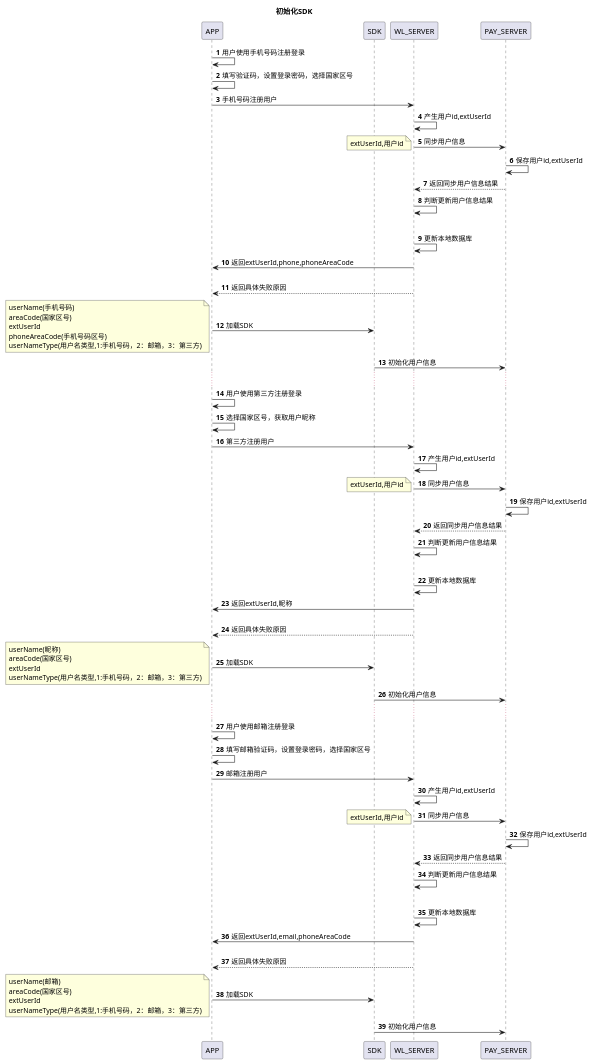
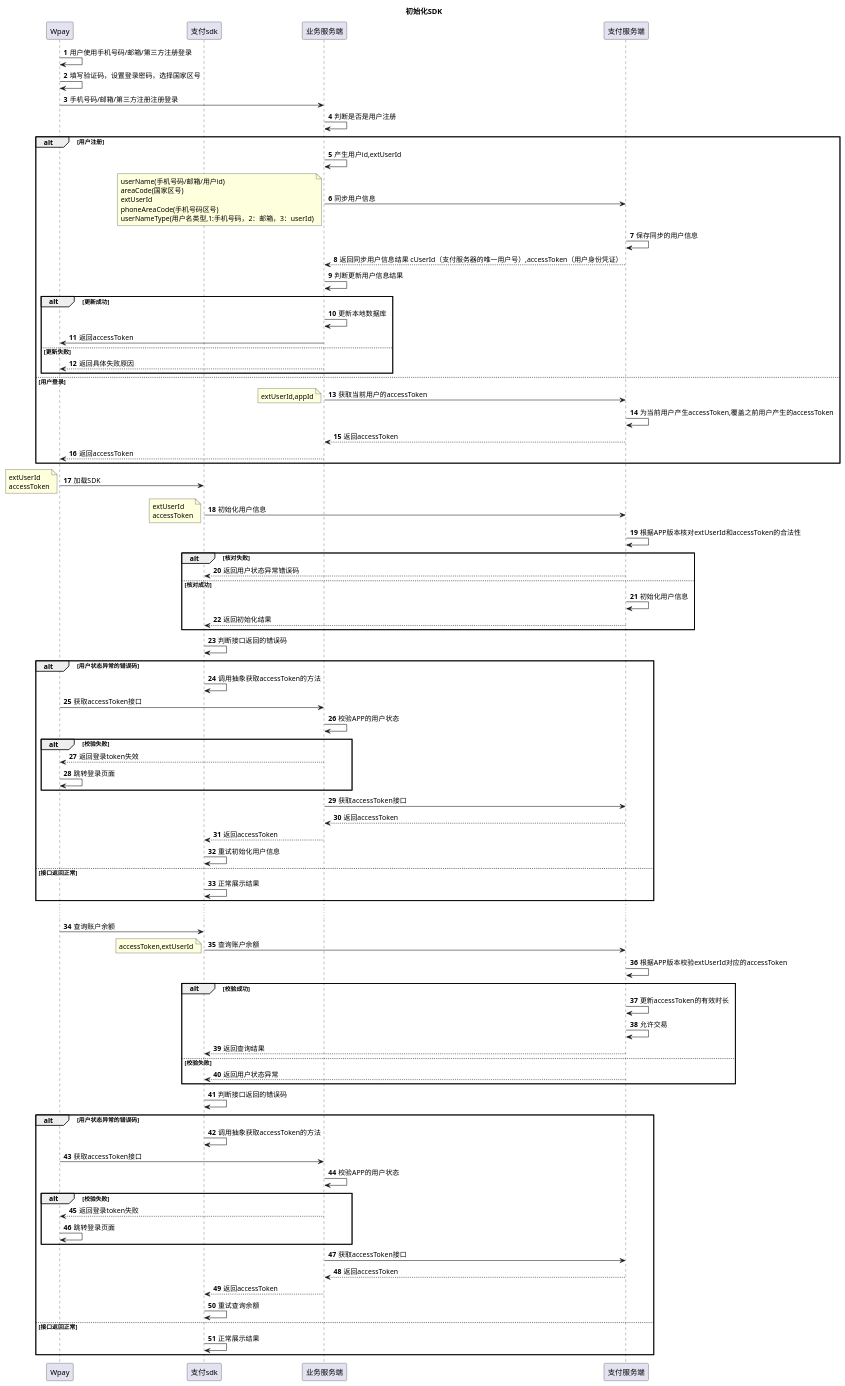
Before and after one commit to 13589080127/zc-test: the diagram in doc/wpay/init sdk.puml, drawn with PlantUML. The commit also changed 6 other files, not shown here.

```diff
--- a/doc/wpay/init sdk.puml
+++ b/doc/wpay/init sdk.puml
@@ -1,61 +1,87 @@
 @startuml
 title:初始化SDK
 autonumber
-participant APP
-participant SDK
-participant WL_SERVER
-participant PAY_SERVER
-APP->APP:用户使用手机号码注册登录
+participant  Wpay as APP
+participant 支付sdk as SDK
+participant 业务服务端 as WL_SERVER
+participant 支付服务端 as PAY_SERVER
+APP->APP:用户使用手机号码/邮箱/第三方注册登录
 APP->APP:填写验证码，设置登录密码，选择国家区号
-APP->WL_SERVER:手机号码注册用户
+APP->WL_SERVER:手机号码/邮箱/第三方注册注册登录
+WL_SERVER->WL_SERVER:判断是否是用户注册
+alt 用户注册
 WL_SERVER->WL_SERVER:产生用户id,extUserId
 WL_SERVER->PAY_SERVER:同步用户信息
-note left:extUserId,用户id
-PAY_SERVER->PAY_SERVER:保存用户id,extUserId
-PAY_SERVER-->WL_SERVER:返回同步用户信息结果
+note left : userName(手机号码/邮箱/用户id)\nareaCode(国家区号)\nextUserId\nphoneAreaCode(手机号码区号)\nuserNameType(用户名类型,1:手机号码，2：邮箱，3：userId)
+PAY_SERVER->PAY_SERVER:保存同步的用户信息
+PAY_SERVER-->WL_SERVER:返回同步用户信息结果 cUserId（支付服务器的唯一用户号）,accessToken（用户身份凭证）
 WL_SERVER->WL_SERVER:判断更新用户信息结果
 alt 更新成功
 WL_SERVER->WL_SERVER:更新本地数据库
-WL_SERVER->APP:返回extUserId,phone,phoneAreaCode
+WL_SERVER->APP:返回accessToken
 else 更新失败
 WL_SERVER-->APP:返回具体失败原因
+end
+else 用户登录
+WL_SERVER->PAY_SERVER:获取当前用户的accessToken
+note left:extUserId,appId
+PAY_SERVER->PAY_SERVER:为当前用户产生accessToken,覆盖之前用户产生的accessToken
+PAY_SERVER-->WL_SERVER:返回accessToken
+WL_SERVER-->APP:返回accessToken
+end
 APP->SDK:加载SDK
-note left : userName(手机号码)\nareaCode(国家区号)\nextUserId\nphoneAreaCode(手机号码区号)\nuserNameType(用户名类型,1:手机号码，2：邮箱，3：第三方)
+note left:extUserId\naccessToken
 SDK->PAY_SERVER:初始化用户信息
+note left:extUserId \naccessToken
+PAY_SERVER->PAY_SERVER:根据APP版本核对extUserId和accessToken的合法性
+alt 核对失败
+PAY_SERVER-->SDK:返回用户状态异常错误码
+else 核对成功
+PAY_SERVER->PAY_SERVER:初始化用户信息
+PAY_SERVER-->SDK:返回初始化结果
+end
+SDK->SDK:判断接口返回的错误码
+alt 用户状态异常的错误码
+SDK->SDK:调用抽象获取accessToken的方法
+APP->WL_SERVER:获取accessToken接口
+WL_SERVER->WL_SERVER:校验APP的用户状态
+alt 校验失败
+WL_SERVER-->APP:返回登录token失效
+APP->APP:跳转登录页面
+end
+WL_SERVER->PAY_SERVER:获取accessToken接口
+PAY_SERVER-->WL_SERVER:返回accessToken
+WL_SERVER-->SDK:返回accessToken
+SDK->SDK:重试初始化用户信息
+else 接口返回正常
+SDK->SDK:正常展示结果
+end
 ...
-APP->APP:用户使用第三方注册登录
-APP->APP:选择国家区号，获取用户昵称
-APP->WL_SERVER:第三方注册用户
-WL_SERVER->WL_SERVER:产生用户id,extUserId
-WL_SERVER->PAY_SERVER:同步用户信息
-note left:extUserId,用户id
-PAY_SERVER->PAY_SERVER:保存用户id,extUserId
-PAY_SERVER-->WL_SERVER:返回同步用户信息结果
-WL_SERVER->WL_SERVER:判断更新用户信息结果
-alt 更新成功
-WL_SERVER->WL_SERVER:更新本地数据库
-WL_SERVER->APP:返回extUserId,昵称
-else 更新失败
-WL_SERVER-->APP:返回具体失败原因
-APP->SDK:加载SDK
-note left : userName(昵称)\nareaCode(国家区号)\nextUserId\nuserNameType(用户名类型,1:手机号码，2：邮箱，3：第三方)
-SDK->PAY_SERVER:初始化用户信息
-...
-APP->APP:用户使用邮箱注册登录
-APP->APP:填写邮箱验证码，设置登录密码，选择国家区号
-APP->WL_SERVER:邮箱注册用户
-WL_SERVER->WL_SERVER:产生用户id,extUserId
-WL_SERVER->PAY_SERVER:同步用户信息
-note left:extUserId,用户id
-PAY_SERVER->PAY_SERVER:保存用户id,extUserId
-PAY_SERVER-->WL_SERVER:返回同步用户信息结果
-WL_SERVER->WL_SERVER:判断更新用户信息结果
-alt 更新成功
-WL_SERVER->WL_SERVER:更新本地数据库
-WL_SERVER->APP:返回extUserId,email,phoneAreaCode
-else 更新失败
-WL_SERVER-->APP:返回具体失败原因
-APP->SDK:加载SDK
-note left : userName(邮箱)\nareaCode(国家区号)\nextUserId\nuserNameType(用户名类型,1:手机号码，2：邮箱，3：第三方)
-SDK->PAY_SERVER:初始化用户信息
+APP->SDK:查询账户余额
+SDK->PAY_SERVER:查询账户余额
+note left: accessToken,extUserId
+PAY_SERVER->PAY_SERVER:根据APP版本校验extUserId对应的accessToken
+alt 校验成功
+PAY_SERVER->PAY_SERVER:更新accessToken的有效时长
+PAY_SERVER->PAY_SERVER:允许交易
+PAY_SERVER-->SDK:返回查询结果
+else 校验失败
+PAY_SERVER-->SDK:返回用户状态异常
+end
+SDK->SDK:判断接口返回的错误码
+alt 用户状态异常的错误码
+SDK->SDK:调用抽象获取accessToken的方法
+APP->WL_SERVER:获取accessToken接口
+WL_SERVER->WL_SERVER:校验APP的用户状态
+alt 校验失败
+WL_SERVER-->APP:返回登录token失败
+APP->APP:跳转登录页面
+end
+WL_SERVER->PAY_SERVER:获取accessToken接口
+PAY_SERVER-->WL_SERVER:返回accessToken
+WL_SERVER-->SDK:返回accessToken
+SDK->SDK:重试查询余额
+else 接口返回正常
+SDK->SDK:正常展示结果
+end
 @enduml
```
